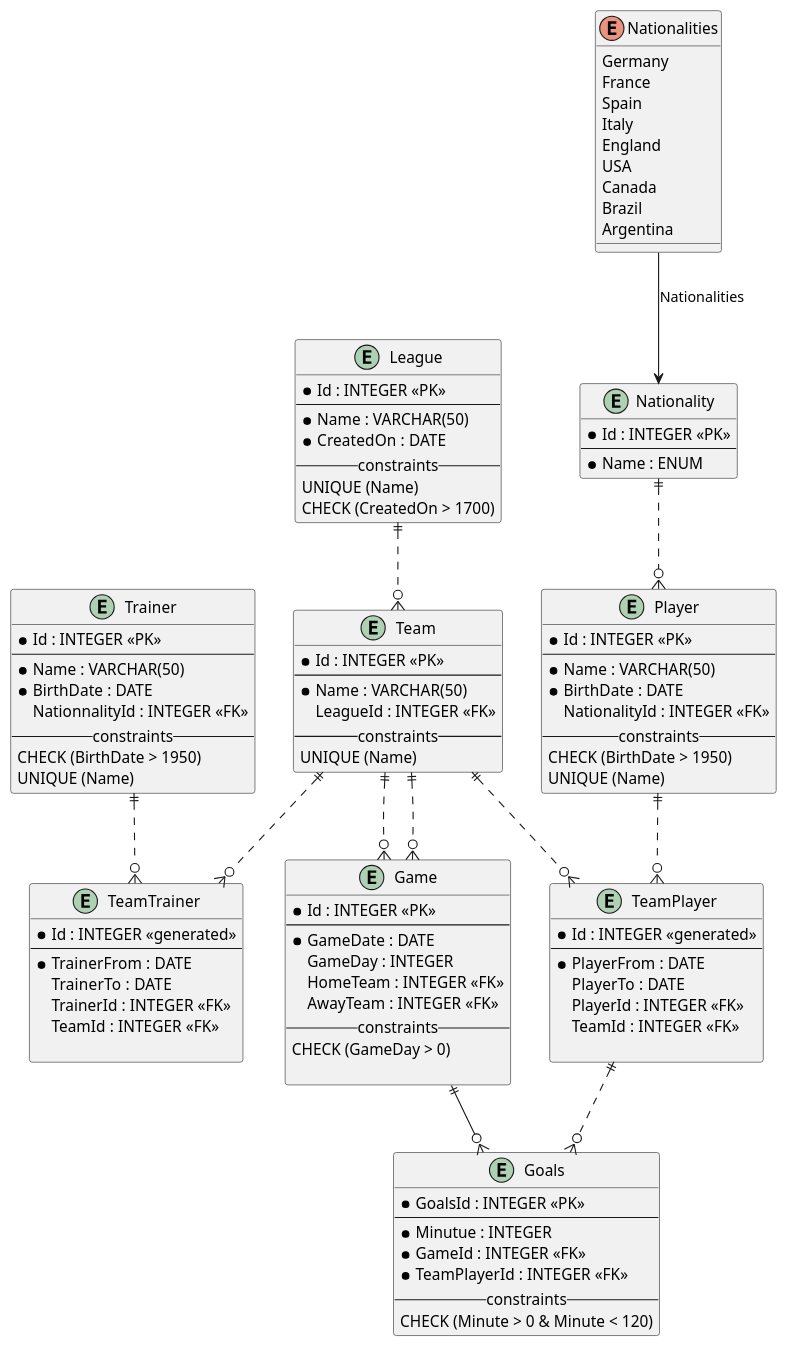
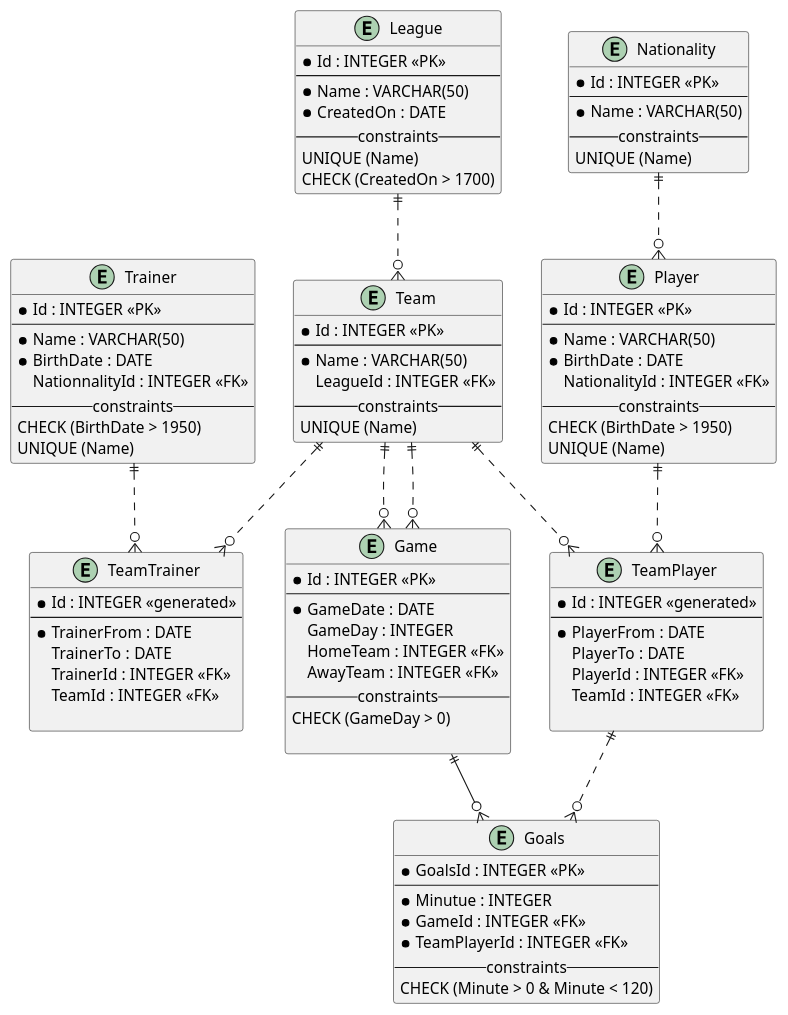
Before and after one commit to BojanTRB/nationsLeague: the diagram in er_physical.puml, drawn with PlantUML.

Commit message:
Updated Physical

```diff
--- a/er_physical.puml
+++ b/er_physical.puml
@@ -1,118 +1,106 @@
 @startuml soccerleague
 
 entity League{
     * Id : INTEGER <<PK>>
     ---
     * Name : VARCHAR(50)
     * CreatedOn : DATE
     -- constraints --
     UNIQUE (Name)
     CHECK (CreatedOn > 1700)
 }
 
 entity Team{
     * Id : INTEGER <<PK>>
     ---
     * Name : VARCHAR(50)
     LeagueId : INTEGER <<FK>>    
     -- constraints --
     UNIQUE (Name)
 }
 
 entity Player{
     * Id : INTEGER <<PK>>
     ---
     * Name : VARCHAR(50)
     * BirthDate : DATE
     NationalityId : INTEGER <<FK>>
     -- constraints --
     CHECK (BirthDate > 1950)
     UNIQUE (Name)
 }
 
 entity TeamTrainer{
     * Id : INTEGER <<generated>>
     ---
     * TrainerFrom : DATE
     TrainerTo : DATE
     TrainerId : INTEGER <<FK>>
     TeamId : INTEGER <<FK>>
     
 }
 
 entity Goals{
     * GoalsId : INTEGER <<PK>>
     ---
     * Minutue : INTEGER
     * GameId : INTEGER <<FK>>
     * TeamPlayerId : INTEGER <<FK>>
     -- constraints --
     CHECK (Minute > 0 & Minute < 120)
 }
 
 entity TeamPlayer{
     * Id : INTEGER <<generated>>
     ---
     * PlayerFrom : DATE
     PlayerTo : DATE
     PlayerId : INTEGER <<FK>>
     TeamId : INTEGER <<FK>>
     
 }
 
 entity Trainer{
     * Id : INTEGER <<PK>> 
     ---
     * Name : VARCHAR(50)
     * BirthDate : DATE
     NationnalityId : INTEGER <<FK>>
     -- constraints --
     CHECK (BirthDate > 1950)
     UNIQUE (Name)
 }
 
 entity Game {
     * Id : INTEGER <<PK>> 
     ---
     * GameDate : DATE
     GameDay : INTEGER
     HomeTeam : INTEGER <<FK>> 
     AwayTeam : INTEGER <<FK>>
     -- constraints --
     CHECK (GameDay > 0)
     
 }
 
 entity Nationality {
     * Id : INTEGER <<PK>>
     ---
-    * Name : ENUM
+    * Name : VARCHAR(50)
+    -- constraints --
+    UNIQUE (Name)
 }
 
-
-enum Nationalities {
-  Germany
-  France
-  Spain
-  Italy
-  England
-  USA
-  Canada
-  Brazil
-  Argentina
-}
-
-Nationalities --> Nationality: Nationalities
 
 League ||..o{ Team
 Team ||..o{ TeamTrainer
 Team ||..o{ TeamPlayer
 Team ||..o{ Game
 Team ||..o{ Game
 Player ||..o{ TeamPlayer
 Trainer ||..o{ TeamTrainer
 Game ||--o{ Goals
 TeamPlayer ||..o{ Goals
 Nationality ||..o{ Player
 
 @enduml
```
